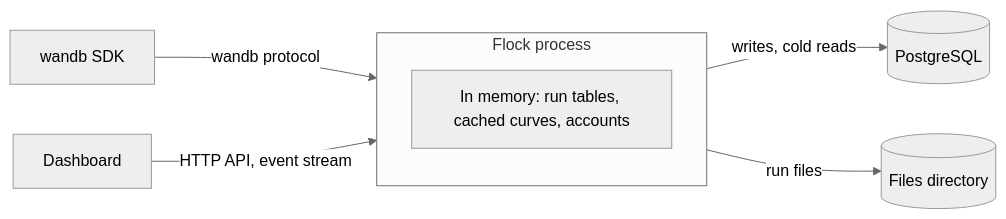
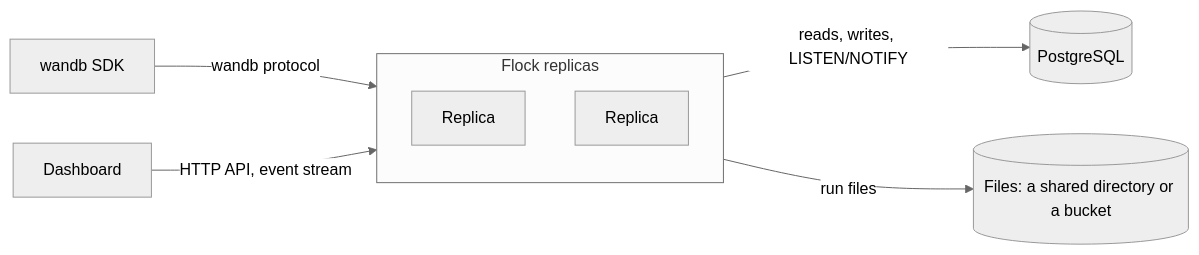
Before and after one commit to cerulean-works/flock: the diagram in app/api/docs/source/how-it-works.md, drawn with Mermaid (neutral theme). The commit also changed other lines of this file and 7 other files, not shown here.

````diff
--- a/app/api/docs/source/how-it-works.md
+++ b/app/api/docs/source/how-it-works.md
@@ -5,10 +5,11 @@
 ```mermaid
 flowchart LR
   SDK["wandb SDK"] -- "wandb protocol" --> T
   D["Dashboard"] -- "HTTP API, event stream" --> T
-  subgraph T["Flock process"]
-    M["In memory: run tables, cached curves, accounts"]
+  subgraph T["Flock replicas"]
+    R1["Replica"]
+    R2["Replica"]
   end
-  T -- "writes, cold reads" --> PG[("PostgreSQL")]
-  T -- "run files" --> F[("Files directory")]
+  T -- "reads, writes, LISTEN/NOTIFY" --> PG[("PostgreSQL")]
+  T -- "run files" --> F[("Files: a shared directory or a bucket")]
 ```
````
